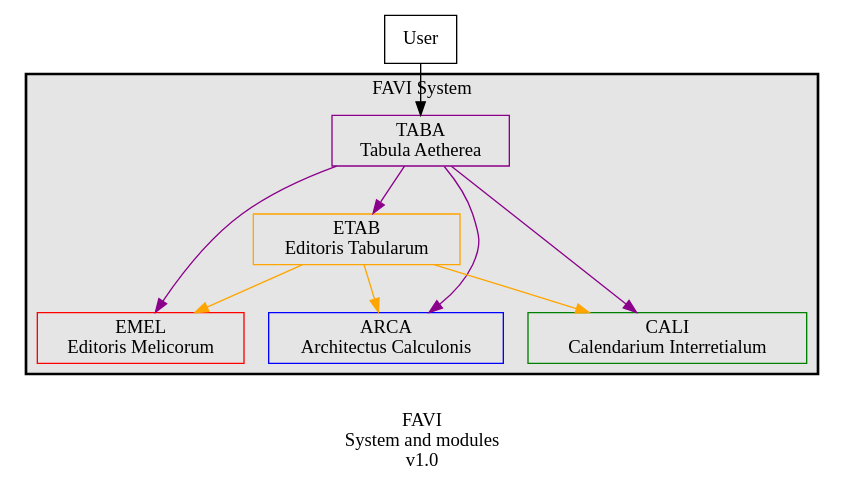
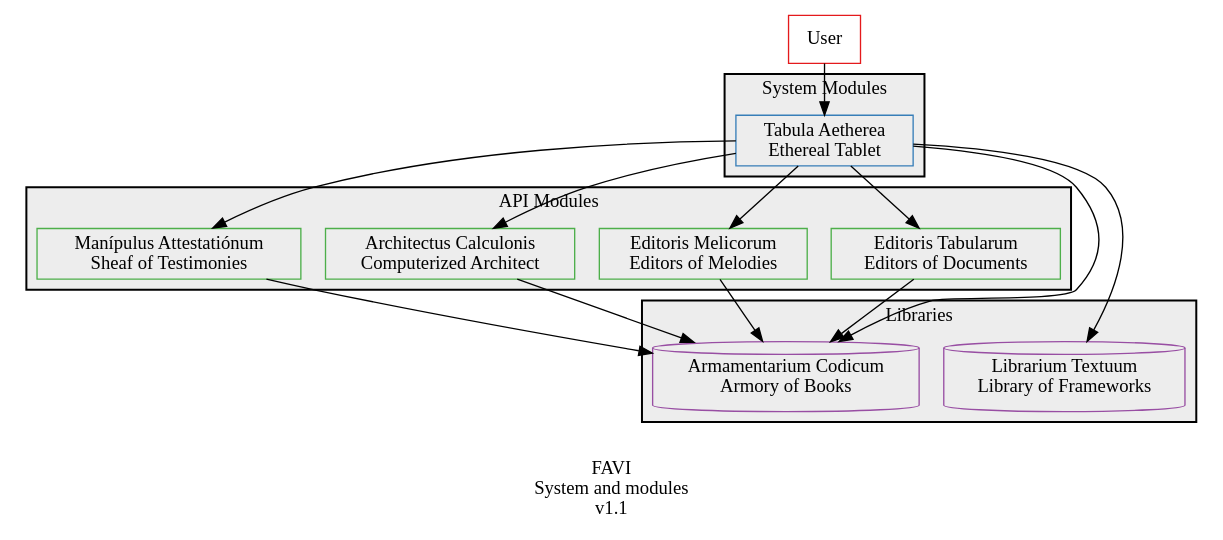
The diagram in static/design/dot/favi-system.dot (guild-st-isidore-TO/fabrica-virtualis), drawn with Graphviz before and after one commit. The commit also changed 3 other files, not shown here.

```diff
--- a/static/design/dot/favi-system.dot
+++ b/static/design/dot/favi-system.dot
@@ -1,32 +1,54 @@
 digraph {
-    label = "\nFAVI\nSystem and modules\nv1.0";
+    label = "\nFAVI\nSystem and modules\nv1.1";
     node [shape = box;];
     
-    user -> tabulaAetherea;
+    user -> tabaeth;
+    
+    tabaeth -> edimeli;
+    tabaeth -> edtab;
+    tabaeth -> matte;
+    tabaeth -> archalc;
+    
+    tabaeth -> librext;
+    
+    tabaeth -> arcodi;
+    edimeli -> arcodi;
+    edtab -> arcodi;
+    matte -> arcodi;
+    archalc -> arcodi;
+    
+    user [label = "User";colorscheme=set19;color = 1;];
     
     subgraph cluster_0 {
-        label = "FAVI System";
+        label = "System Modules";
         color = black;
-        bgcolor = grey90;
-        penwidth = 2;
+        bgcolor = grey93;
+        penwidth = 1.5;
         node [bgcolor = white;];
         
-        tabulaAetherea -> editorisMelicorum [color = darkmagenta;];
-        tabulaAetherea -> editorisTabularum [color = darkmagenta;];
-        tabulaAetherea -> architectusCalculonis [color = darkmagenta;];
-        tabulaAetherea -> calendariumIhterretialum [color = darkmagenta;];
+        tabaeth [label = "Tabula Aetherea\nEthereal Tablet";colorscheme=set19;color = 2;];
+    }
+    subgraph cluster_1 {
+        label = "API Modules";
+        color = black;
+        bgcolor = grey93;
+        penwidth = 1.5;
+        node [bgcolor = white;];
         
-        editorisTabularum -> editorisMelicorum [color = orange;];
-        editorisTabularum -> architectusCalculonis [color = orange;];
-        editorisTabularum -> calendariumIhterretialum [color = orange;];
+        archalc [label = "Editoris Melicorum\nEditors of Melodies";colorscheme=set19;color = 3;];
+        matte [label = "Editoris Tabularum\nEditors of Documents";colorscheme=set19;color = 3;];
+        edimeli [label = "Architectus Calculonis\nComputerized Architect";colorscheme=set19;color = 3;];
+        edtab [label = "Manípulus Attestatiónum\nSheaf of Testimonies";colorscheme=set19;color = 3;];
     }
     
-    user [label = "User";];
-    
-    tabulaAetherea [label = "TABA\nTabula Aetherea";color = darkmagenta;];
-    architectusCalculonis [label = "ARCA\nArchitectus Calculonis";color = blue;];
-    calendariumIhterretialum [label = "CALI\nCalendarium Interretialum";color = green;];
-    
-    editorisTabularum [label = "ETAB\nEditoris Tabularum";color = orange;];
-    editorisMelicorum [label = "EMEL\nEditoris Melicorum";color = red;];
+    subgraph cluster_2 {
+        label = "Libraries";
+        color = black;
+        bgcolor = grey93;
+        penwidth = 1.5;
+        node [bgcolor = white;];
+        
+        librext [label = "Librarium Textuum\nLibrary of Frameworks";shape = cylinder;colorscheme=set19;color = 4;];
+        arcodi [label = "Armamentarium Codicum\nArmory of Books";shape = cylinder;colorscheme=set19;color = 4;];
+    }
 }
```
